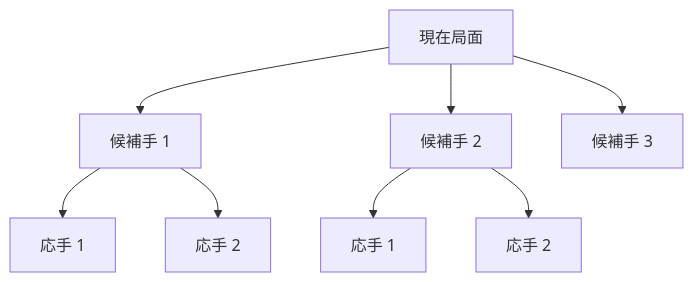
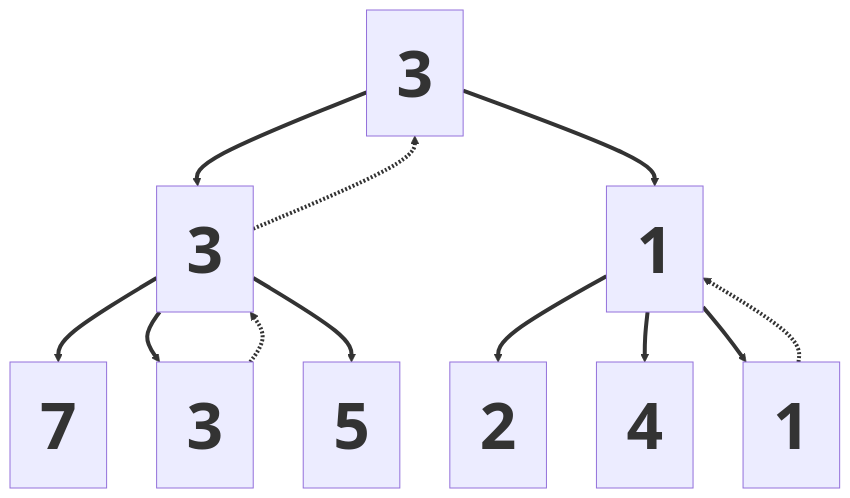
The second of 8 diagrams in slides.md (nodchip/wcsc36-presentation), drawn with Mermaid before and after one commit. The commit also changed other lines of this file, not shown here.

````diff
--- a/slides.md
+++ b/slides.md
@@ -127,10 +190,20 @@
 ```mermaid
+%%{init: {'flowchart': {'useMaxWidth': true, 'htmlLabels': false}}}%%
 flowchart TD
-  A[現在局面] --> B[候補手 1]
-  A --> C[候補手 2]
-  A --> D[候補手 3]
-  B --> E[応手 1]
-  B --> F[応手 2]
-  C --> G[応手 1]
-  C --> H[応手 2]
+  A[3] --> B1[3]
+  A --> B2[1]
+  B1 --> C1[7]
+  B1 --> C2[3]
+  B1 --> C3[5]
+  B2 --> C4[2]
+  B2 --> C5[4]
+  B2 --> C6[1]
+
+  C2 -.-> B1
+  C6 -.-> B2
+  B1 -.-> A
+
+  class A,B1,B2,C1,C2,C3,C4,C5,C6 sq;
+  classDef sq font-size:64px,font-weight:700;
+  linkStyle default stroke-width:4px;
 ```
````
